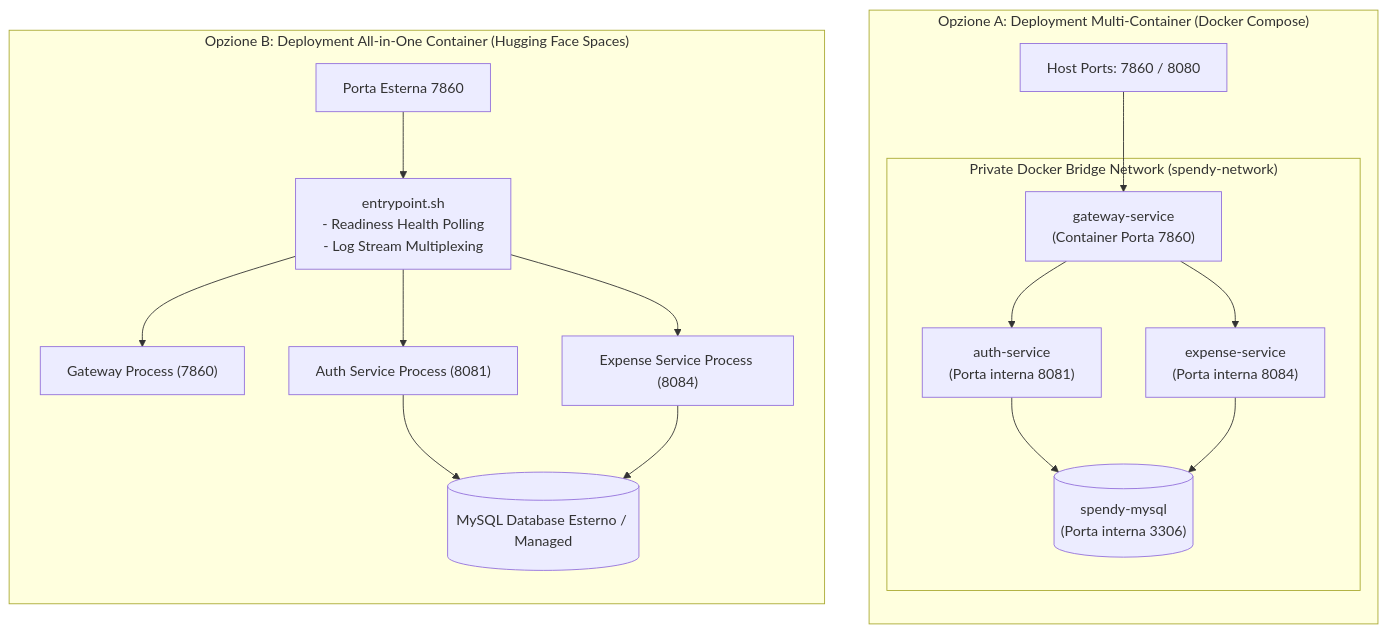
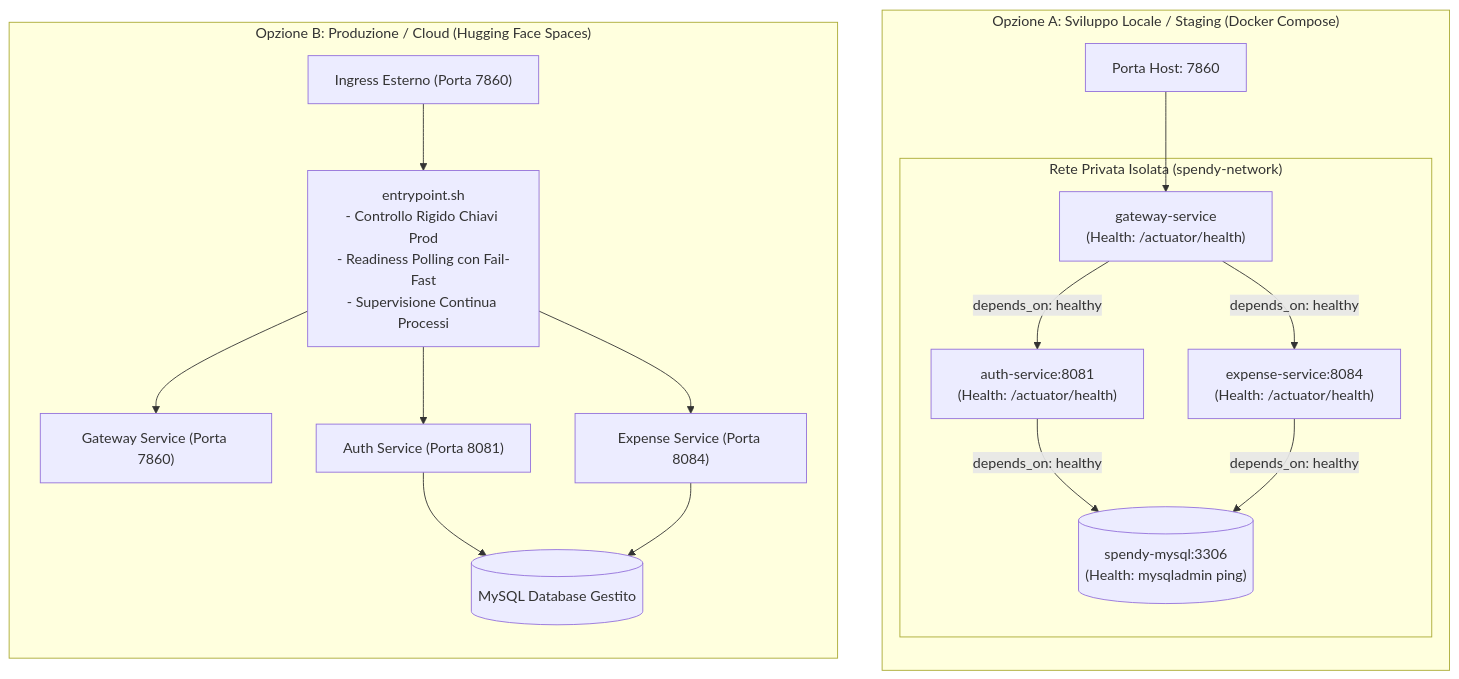
The diagram in docs/deployment.md (Giusk10/SpendyApp), drawn with Mermaid before and after one commit. The commit also changed other lines of this file and 25 other files, not shown here.

First line of the commit message:
refactor(devops): reorganize devops architecture, docker, scripts, ci/cd, and documentation

````diff
--- a/docs/deployment.md
+++ b/docs/deployment.md
@@ -11,23 +11,23 @@
 ```mermaid
 flowchart TB
-    subgraph MultiContainer ["Opzione A: Deployment Multi-Container (Docker Compose)"]
+    subgraph MultiContainer ["Opzione A: Sviluppo Locale / Staging (Docker Compose)"]
         direction TB
-        HostNet["Host Ports: 7860 / 8080"] --> C_GW["gateway-service<br/>(Container Porta 7860)"]
-        subgraph SpendyBridge ["Private Docker Bridge Network (spendy-network)"]
-            C_GW --> C_AUTH["auth-service<br/>(Porta interna 8081)"]
-            C_GW --> C_EXP["expense-service<br/>(Porta interna 8084)"]
-            C_AUTH --> C_DB[("spendy-mysql<br/>(Porta interna 3306)")]
-            C_EXP --> C_DB
+        HostNet["Porta Host: 7860"] --> C_GW["gateway-service<br/>(Health: /actuator/health)"]
+        subgraph SpendyBridge ["Rete Privata Isolata (spendy-network)"]
+            C_GW -->|depends_on: healthy| C_AUTH["auth-service:8081<br/>(Health: /actuator/health)"]
+            C_GW -->|depends_on: healthy| C_EXP["expense-service:8084<br/>(Health: /actuator/health)"]
+            C_AUTH -->|depends_on: healthy| C_DB[("spendy-mysql:3306<br/>(Health: mysqladmin ping)")]
+            C_EXP -->|depends_on: healthy| C_DB
         end
     end
 
-    subgraph AllInOne ["Opzione B: Deployment All-in-One Container (Hugging Face Spaces)"]
+    subgraph AllInOne ["Opzione B: Produzione / Cloud (Hugging Face Spaces)"]
         direction TB
-        HF_Port["Porta Esterna 7860"] --> Entrypoint["entrypoint.sh<br/>- Readiness Health Polling<br/>- Log Stream Multiplexing"]
-        Entrypoint --> GW_Proc["Gateway Process (7860)"]
-        Entrypoint --> AUTH_Proc["Auth Service Process (8081)"]
-        Entrypoint --> EXP_Proc["Expense Service Process (8084)"]
-        AUTH_Proc --> Remote_DB[("MySQL Database Esterno / Managed")]
+        HF_Port["Ingress Esterno (Porta 7860)"] --> Entrypoint["entrypoint.sh<br/>- Controllo Rigido Chiavi Prod<br/>- Readiness Polling con Fail-Fast<br/>- Supervisione Continua Processi"]
+        Entrypoint --> GW_Proc["Gateway Service (Porta 7860)"]
+        Entrypoint --> AUTH_Proc["Auth Service (Porta 8081)"]
+        Entrypoint --> EXP_Proc["Expense Service (Porta 8084)"]
+        AUTH_Proc --> Remote_DB[("MySQL Database Gestito")]
         EXP_Proc --> Remote_DB
     end
 ```
````
